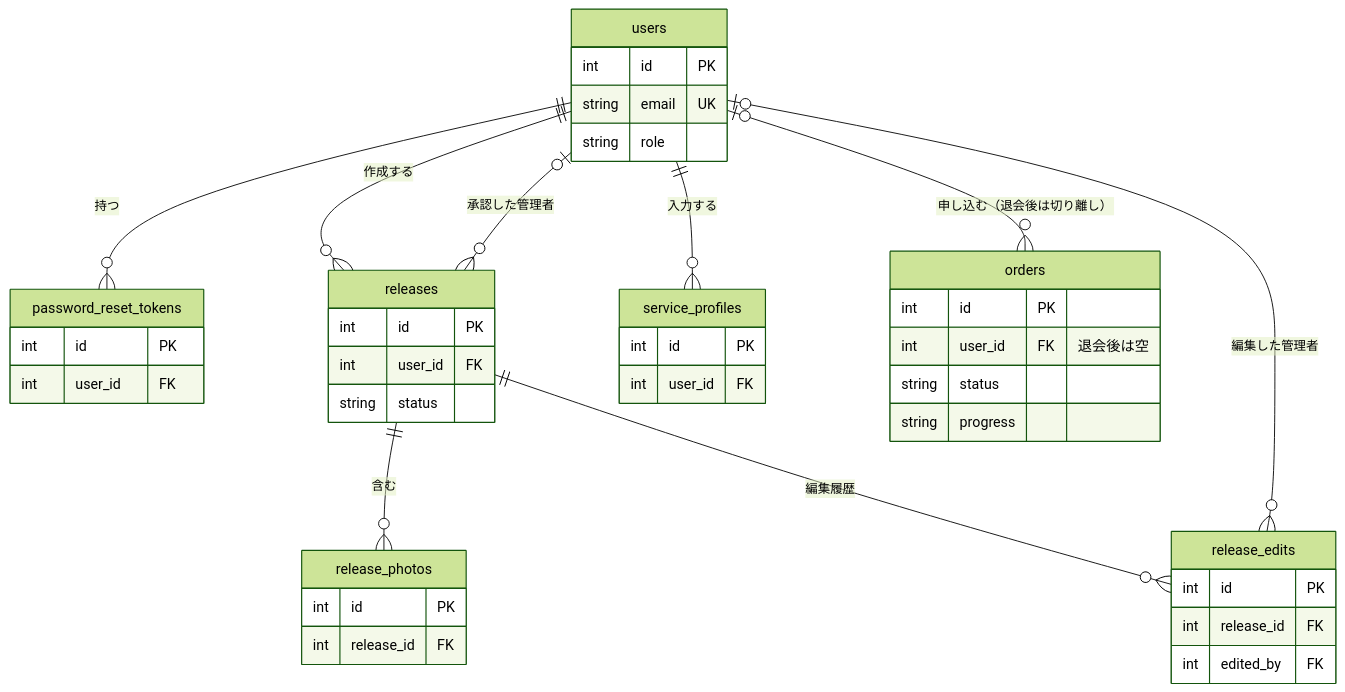
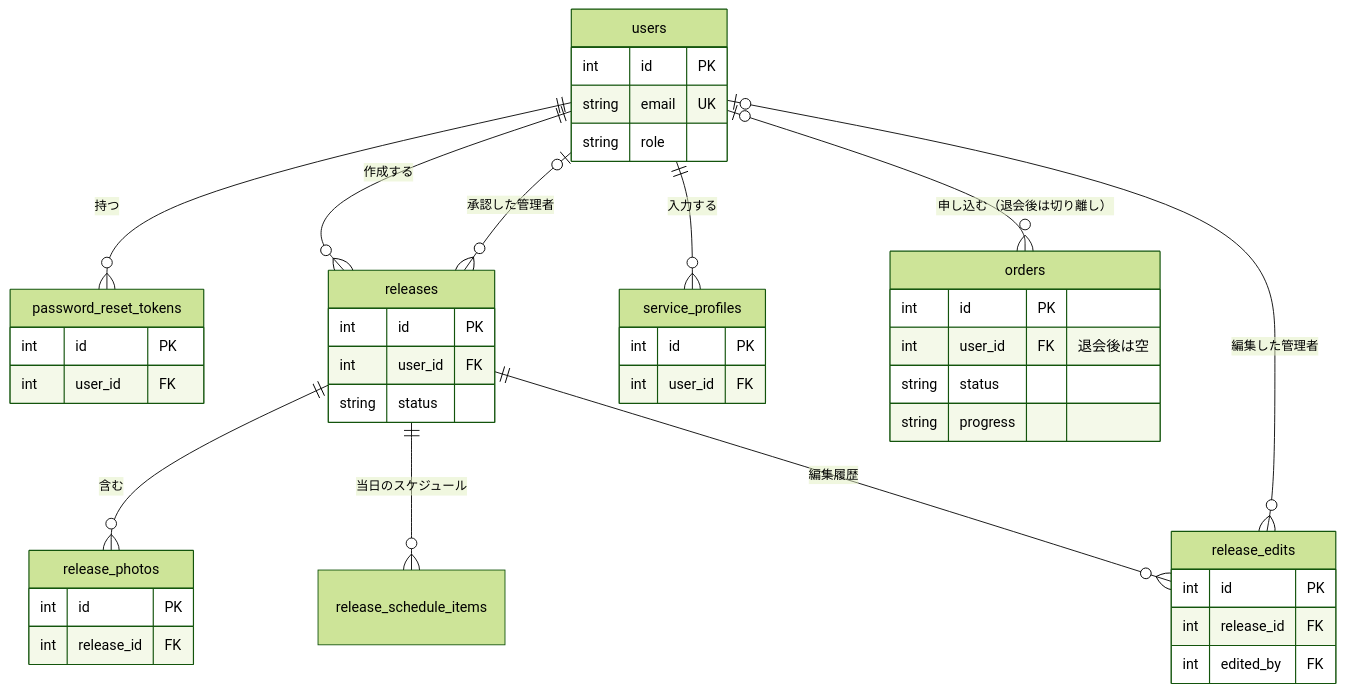
One commit to dodome-co/press_release changed the first of 3 diagrams in docs/データベース設計.md. Above: the diagram before and after it, drawn with Mermaid (forest theme). The commit also changed other lines of this file and 1 other file, not shown here.

````diff
--- a/docs/データベース設計.md
+++ b/docs/データベース設計.md
@@ -12,45 +12,46 @@
 ```mermaid
 erDiagram
     users ||--o{ password_reset_tokens : "持つ"
     users ||--o{ releases : "作成する"
     users ||--o{ service_profiles : "入力する"
     users |o--o{ orders : "申し込む（退会後は切り離し）"
     releases ||--o{ release_photos : "含む"
+    releases ||--o{ release_schedule_items : "当日のスケジュール"
     releases ||--o{ release_edits : "編集履歴"
     users |o--o{ release_edits : "編集した管理者"
     users |o--o{ releases : "承認した管理者"
 
     users {
         int id PK
         string email UK
         string role
     }
     password_reset_tokens {
         int id PK
         int user_id FK
     }
     releases {
         int id PK
         int user_id FK
         string status
     }
     release_photos {
         int id PK
         int release_id FK
     }
     release_edits {
         int id PK
         int release_id FK
         int edited_by FK
     }
     service_profiles {
         int id PK
         int user_id FK
     }
     orders {
         int id PK
         int user_id FK "退会後は空"
         string status
         string progress
     }
 ```
````
